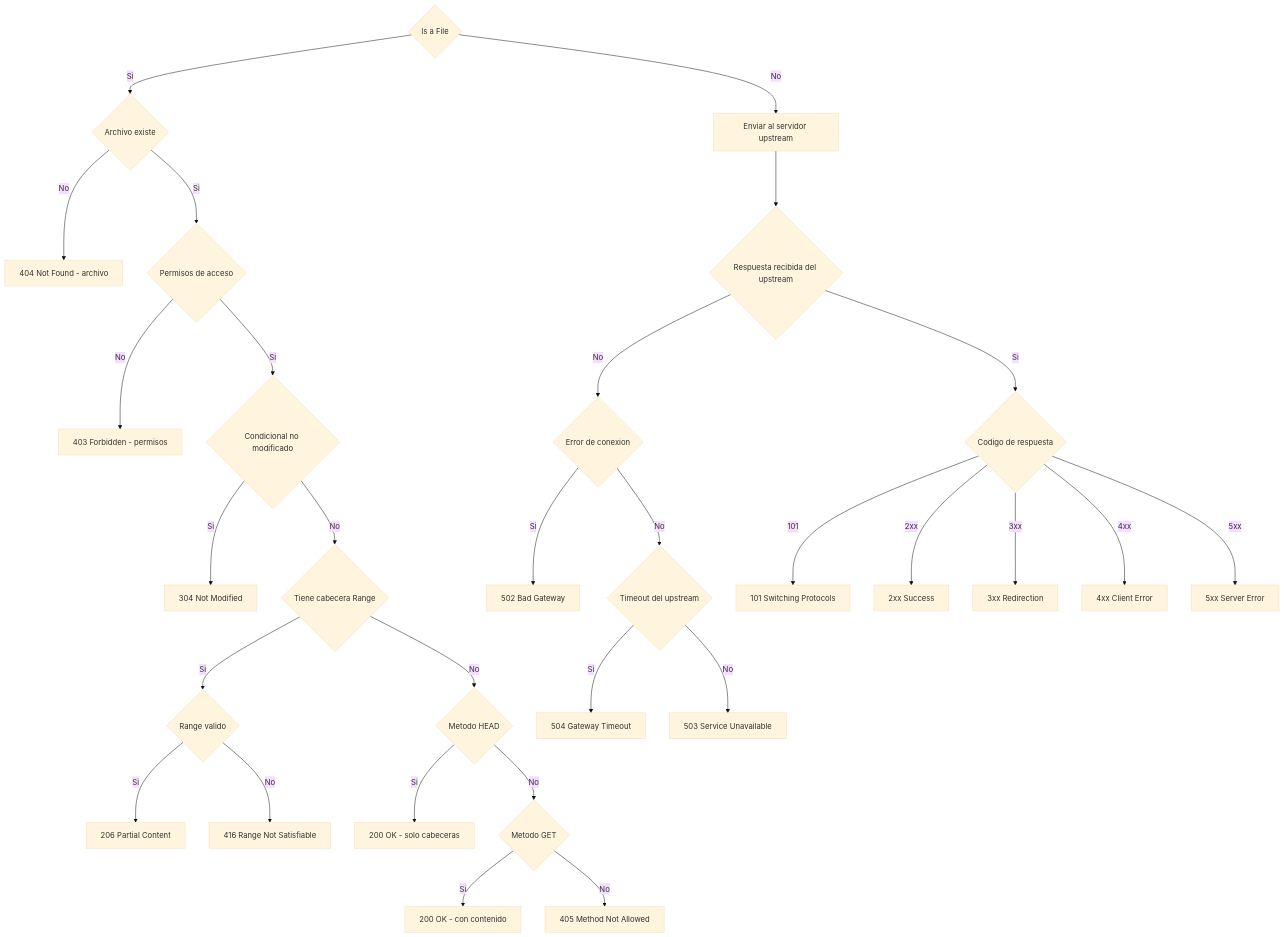
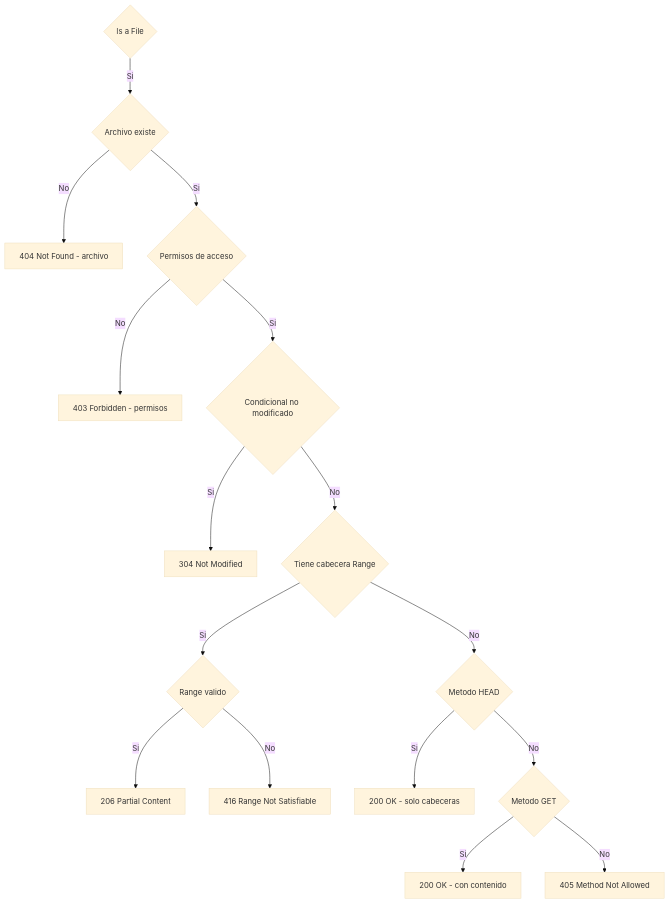
Before and after one commit to samuelhm/Webserv: the diagram in Diagrams/GoodRequestIsFIle.md, drawn with Mermaid (base theme).

Commit message:
Update GoodRequestIsFIle.md
diagram fix no upstream

````diff
--- a/Diagrams/GoodRequestIsFIle.md
+++ b/Diagrams/GoodRequestIsFIle.md
@@ -1,34 +1,19 @@
 ```mermaid
 flowchart TD
     N{Is a File}
     N -- Si --> O{Archivo existe}
     O -- No --> E404b[404 Not Found - archivo]
     O -- Si --> P{Permisos de acceso}
     P -- No --> E403c[403 Forbidden - permisos]
     P -- Si --> Q{Condicional no modificado}
     Q -- Si --> E304[304 Not Modified]
     Q -- No --> R{Tiene cabecera Range}
     R -- Si --> R1{Range valido}
     R1 -- Si --> E206[206 Partial Content]
     R1 -- No --> E416[416 Range Not Satisfiable]
     R -- No --> S{Metodo HEAD}
     S -- Si --> E200h[200 OK - solo cabeceras]
     S -- No --> T{Metodo GET}
     T -- Si --> E200[200 OK - con contenido]
     T -- No --> E405[405 Method Not Allowed]
-
-    N -- No --> U[Enviar al servidor upstream]
-    U --> V{Respuesta recibida del upstream}
-    V -- No --> V1{Error de conexion}
-    V1 -- Si --> E502[502 Bad Gateway]
-    V1 -- No --> V2{Timeout del upstream}
-    V2 -- Si --> E504[504 Gateway Timeout]
-    V2 -- No --> E503[503 Service Unavailable]
-
-    V -- Si --> W{Codigo de respuesta}
-    W -->|101| E101[101 Switching Protocols]
-    W -->|2xx| E2xx[2xx Success]
-    W -->|3xx| E3xx[3xx Redirection]
-    W -->|4xx| E4xx[4xx Client Error]
-    W -->|5xx| E5xx[5xx Server Error]
 ```
````
